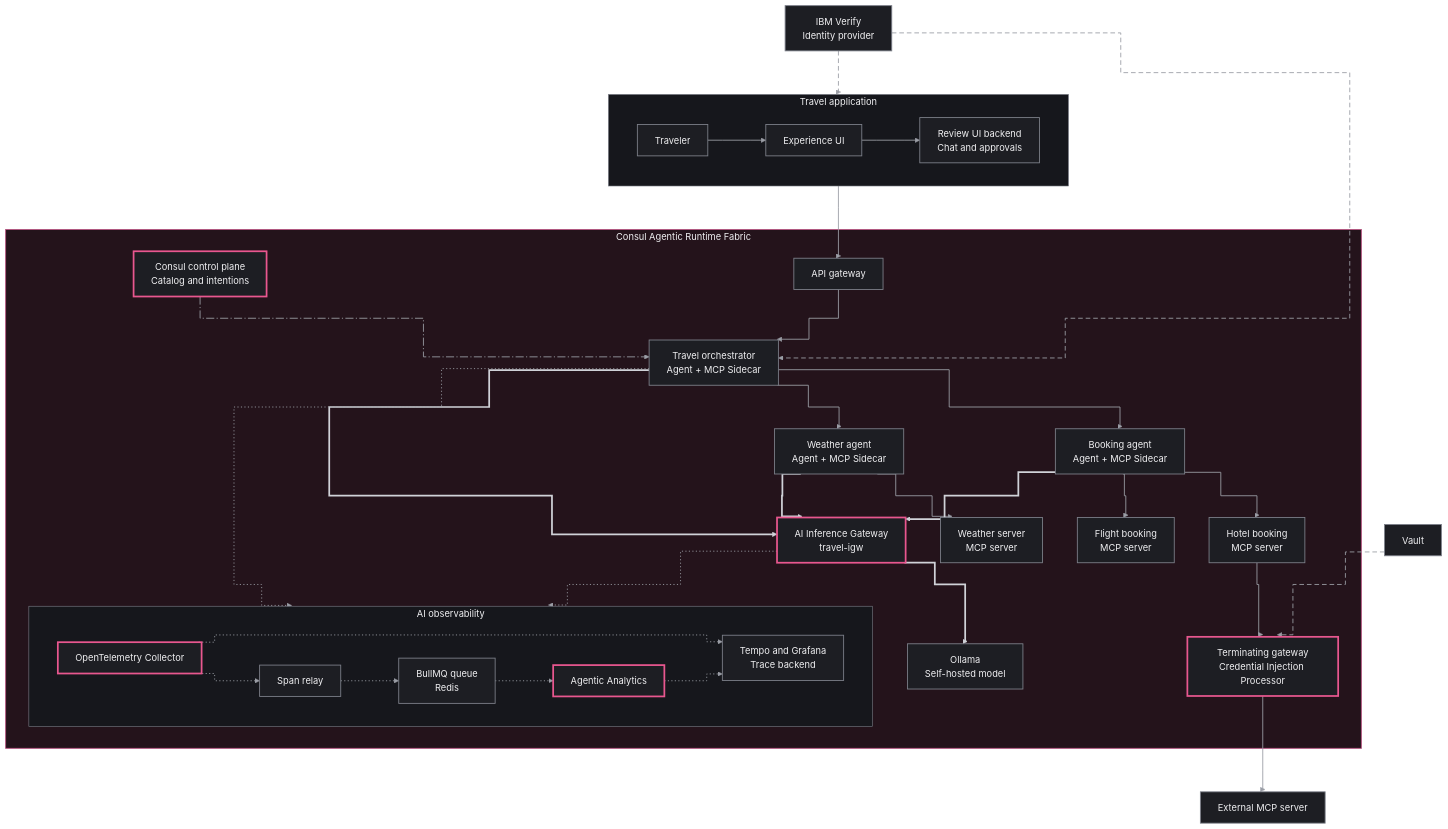
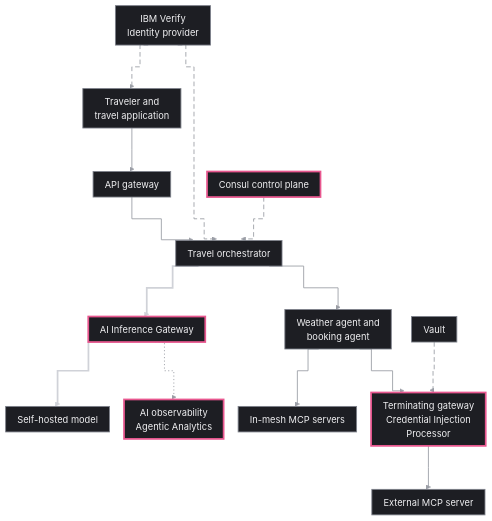
The diagram in content/consul/v2.1.x/img/agentic-mesh/mermaid-markup/travel-booking-architecture_dark.mmd (hashicorp/web-unified-docs), drawn with Mermaid before and after one commit. The commit also changed 32 other files, not shown here.

First line of the commit message:
Fit the architecture diagrams to the content column

```diff
--- a/content/consul/v2.1.x/img/agentic-mesh/mermaid-markup/travel-booking-architecture_dark.mmd
+++ b/content/consul/v2.1.x/img/agentic-mesh/mermaid-markup/travel-booking-architecture_dark.mmd
@@ -1,77 +1,42 @@
-%%{init: {"theme":"base","fontFamily":"Helvetica, Arial, sans-serif","flowchart":{"curve":"step","nodeSpacing":60,"rankSpacing":75,"htmlLabels":true},"themeVariables":{"fontFamily":"Helvetica, Arial, sans-serif","fontSize":"16px","background":"#0d0e12","primaryColor":"#1d1e23","primaryBorderColor":"#7d808a","primaryTextColor":"#efeff1","lineColor":"#9b9ea6","clusterBkg":"#16171c","clusterBorder":"#7d808a","titleColor":"#efeff1","edgeLabelBackground":"#0d0e12","actorBkg":"#1d1e23","actorBorder":"#e8578f","actorTextColor":"#efeff1","actorLineColor":"#7d808a","signalColor":"#9b9ea6","signalTextColor":"#efeff1","noteBkgColor":"#16171c","noteBorderColor":"#7d808a","noteTextColor":"#efeff1","activationBkgColor":"#24131b","activationBorderColor":"#b5527f","sequenceNumberColor":"#0d0e12"},"sequence":{"mirrorActors":false,"width":220,"actorMargin":50,"messageMargin":50,"boxMargin":10,"noteMargin":12,"wrap":true}}}%%
+%%{init: {"theme":"base","fontFamily":"Helvetica, Arial, sans-serif","flowchart":{"curve":"step","nodeSpacing":60,"rankSpacing":75,"htmlLabels":true},"themeVariables":{"fontFamily":"Helvetica, Arial, sans-serif","fontSize":"16px","background":"#0d0e12","primaryColor":"#1d1e23","primaryBorderColor":"#7d808a","primaryTextColor":"#efeff1","lineColor":"#9b9ea6","clusterBkg":"#16171c","clusterBorder":"#7d808a","titleColor":"#efeff1","edgeLabelBackground":"#0d0e12","actorBkg":"#1d1e23","actorBorder":"#e8578f","actorTextColor":"#efeff1","actorLineColor":"#7d808a","signalColor":"#9b9ea6","signalTextColor":"#efeff1","noteBkgColor":"#16171c","noteBorderColor":"#7d808a","noteTextColor":"#efeff1","activationBkgColor":"#24131b","activationBorderColor":"#b5527f","sequenceNumberColor":"#0d0e12"},"sequence":{"mirrorActors":false,"width":130,"actorMargin":20,"messageMargin":45,"boxMargin":10,"noteMargin":12,"wrap":true,"actorFontSize":15,"messageFontSize":15}}}%%
+%%{init: {"flowchart":{"nodeSpacing":25,"padding":10}}}%%
 flowchart TB
-  subgraph app["Travel application"]
-    direction LR
-    traveler["Traveler"]
-    ui["Experience UI"]
-    review["Review UI backend<br/>Chat and approvals"]
-  end
   idp["IBM Verify<br/>Identity provider"]
+  app["Traveler and<br/>travel application"]
+  cp["Consul control plane"]
+  apigw["API gateway"]
+  orch["Travel orchestrator"]
+  igw["AI Inference Gateway"]
+  model["Self-hosted model"]
+  obs["AI observability<br/>Agentic Analytics"]
+  agents["Weather agent and<br/>booking agent"]
+  mcp["In-mesh MCP servers"]
+  tgw["Terminating gateway<br/>Credential Injection<br/>Processor"]
+  vault["Vault"]
+  ext["External MCP server"]
 
-  subgraph arf["Consul Agentic Runtime Fabric"]
-    cp["Consul control plane<br/>Catalog and intentions"]
-    apigw["API gateway"]
-    orch["Travel orchestrator<br/>Agent + MCP Sidecar"]
-    igw["AI Inference Gateway<br/>travel-igw"]
-    weather["Weather agent<br/>Agent + MCP Sidecar"]
-    booking["Booking agent<br/>Agent + MCP Sidecar"]
-    model["Ollama<br/>Self-hosted model"]
-    wserver["Weather server<br/>MCP server"]
-    flight["Flight booking<br/>MCP server"]
-    hotel["Hotel booking<br/>MCP server"]
-    tgw["Terminating gateway<br/>Credential Injection Processor"]
-    subgraph obs["AI observability"]
-      direction LR
-      otel["OpenTelemetry Collector"]
-      relay["Span relay"]
-      queue["BullMQ queue<br/>Redis"]
-      analytics["Agentic Analytics"]
-      tempo["Tempo and Grafana<br/>Trace backend"]
-    end
-  end
-  vault["Vault"]
-  extmcp["External MCP server"]
-
-  %% Requests and invocations: links 0 to 10
-  traveler --> ui
-  ui --> review
-  review --> apigw
+  %% Requests: links 0 to 5
+  app --> apigw
   apigw --> orch
-  orch --> booking
-  orch --> weather
-  booking --> hotel
-  booking --> flight
-  weather --> wserver
-  hotel --> tgw
-  tgw --> extmcp
-  %% Model access: links 11 to 14
+  orch --> agents
+  agents --> mcp
+  agents --> tgw
+  tgw --> ext
+  %% Model access: links 6 to 7
   orch ==> igw
-  booking ==> igw
-  weather ==> igw
   igw ==> model
-  %% Identity and credentials: links 15 to 17
-  idp -.-> review
+  %% Identity, credentials, and policy: links 8 to 11
+  idp -.-> app
   idp -.-> orch
+  cp -.-> orch
   vault -.-> tgw
-  %% Discovery and policy: link 18
-  cp -.-> orch
-  %% Telemetry and trace access: links 19 to 25
+  %% Telemetry: link 12
   igw -.-> obs
-  orch -.-> obs
-  otel -.-> relay
-  relay -.-> queue
-  queue -.-> analytics
-  otel -.-> tempo
-  analytics -.-> tempo
 
   classDef default fill:#1d1e23,stroke:#7d808a,stroke-width:1.5px,color:#efeff1
   classDef arfc fill:#1d1e23,stroke:#e8578f,stroke-width:3px,color:#efeff1
-  class igw,tgw,cp,analytics,otel arfc
-  style arf fill:#24131b,stroke:#b5527f,stroke-width:1.5px,color:#efeff1
-  style app fill:#16171c,stroke:#7d808a,stroke-width:1px,color:#efeff1
-  style obs fill:#16171c,stroke:#7d808a,stroke-width:1px,color:#efeff1
-  linkStyle 0,1,2,3,4,5,6,7,8,9,10 stroke:#9b9ea6,stroke-width:1.5px
-  linkStyle 11,12,13,14 stroke:#d0d2d8,stroke-width:3px
-  linkStyle 15,16,17 stroke:#9b9ea6,stroke-width:1.5px,stroke-dasharray:8 5
-  linkStyle 18 stroke:#9b9ea6,stroke-width:1.5px,stroke-dasharray:14 4 2 4
-  linkStyle 19,20,21,22,23,24,25 stroke:#9b9ea6,stroke-width:1.5px,stroke-dasharray:2 4
+  class igw,tgw,cp,obs arfc
+  linkStyle 0,1,2,3,4,5 stroke:#9b9ea6,stroke-width:1.5px
+  linkStyle 6,7 stroke:#d0d2d8,stroke-width:3px
+  linkStyle 8,9,10,11 stroke:#9b9ea6,stroke-width:1.5px,stroke-dasharray:8 5
+  linkStyle 12 stroke:#9b9ea6,stroke-width:1.5px,stroke-dasharray:2 4
```
